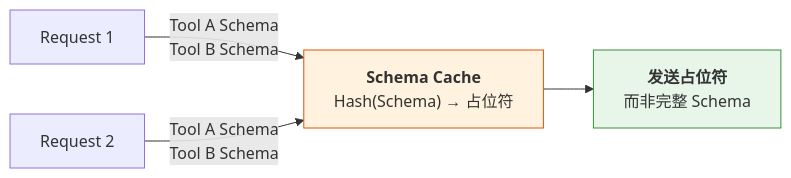
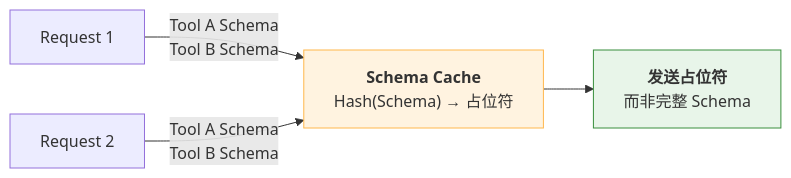
The diagram in 10_production/10.3_performance.md (yeasy/harness_engineering_guide), drawn with Mermaid before and after one commit. The commit also changed 10 other files, not shown here.

Commit message:
Fix saturated Mermaid stroke colors

````diff
--- a/10_production/10.3_performance.md
+++ b/10_production/10.3_performance.md
@@ -17,9 +17,9 @@
 ```mermaid
 flowchart LR
     R1["Request 1"] -->|"Tool A Schema<br/>Tool B Schema"| Cache["<b>Schema Cache</b><br/>Hash(Schema) → 占位符"]
     R2["Request 2"] -->|"Tool A Schema<br/>Tool B Schema"| Cache
     Cache --> Send["<b>发送占位符</b><br/>而非完整 Schema"]
 
-    style Cache fill:#fff3e0,stroke:#e65100
+    style Cache fill:#fff3e0,stroke:#ffb74d
     style Send fill:#e8f5e9,stroke:#388e3c
 ```
````
